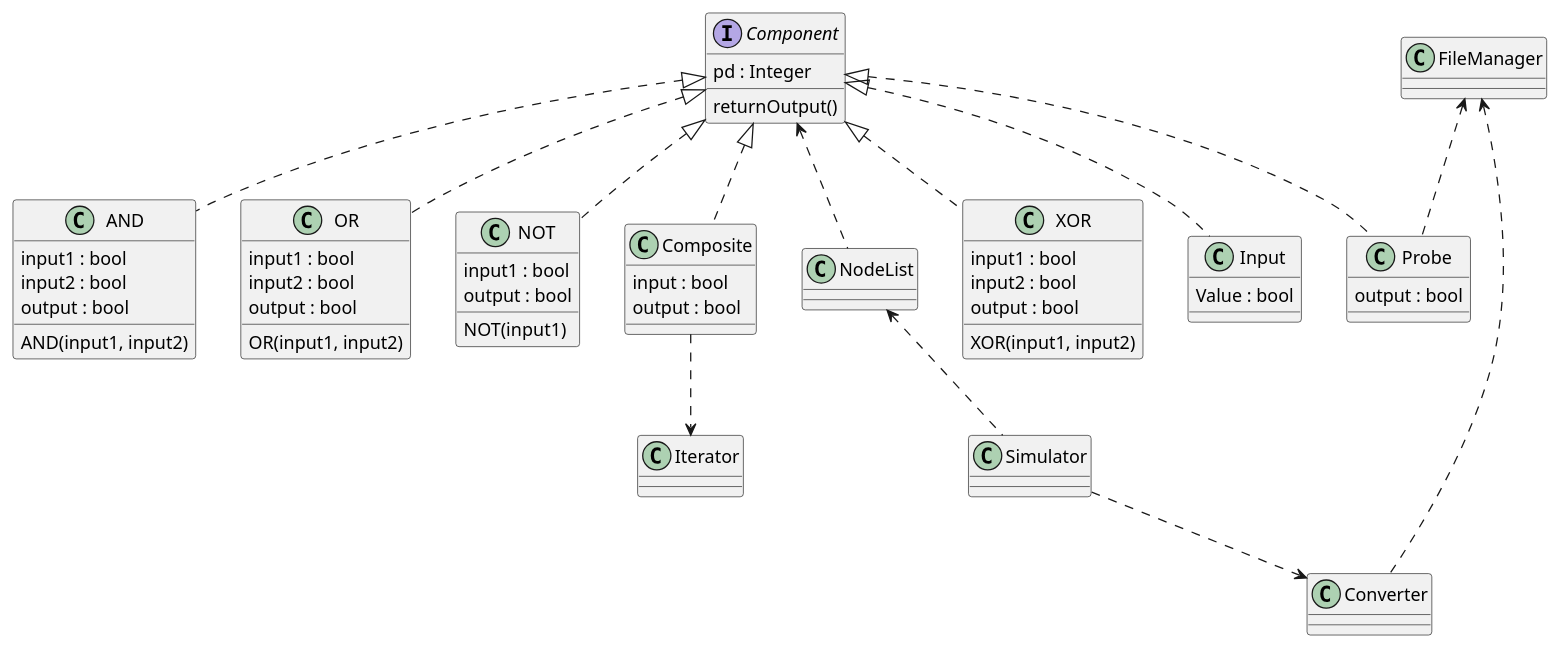
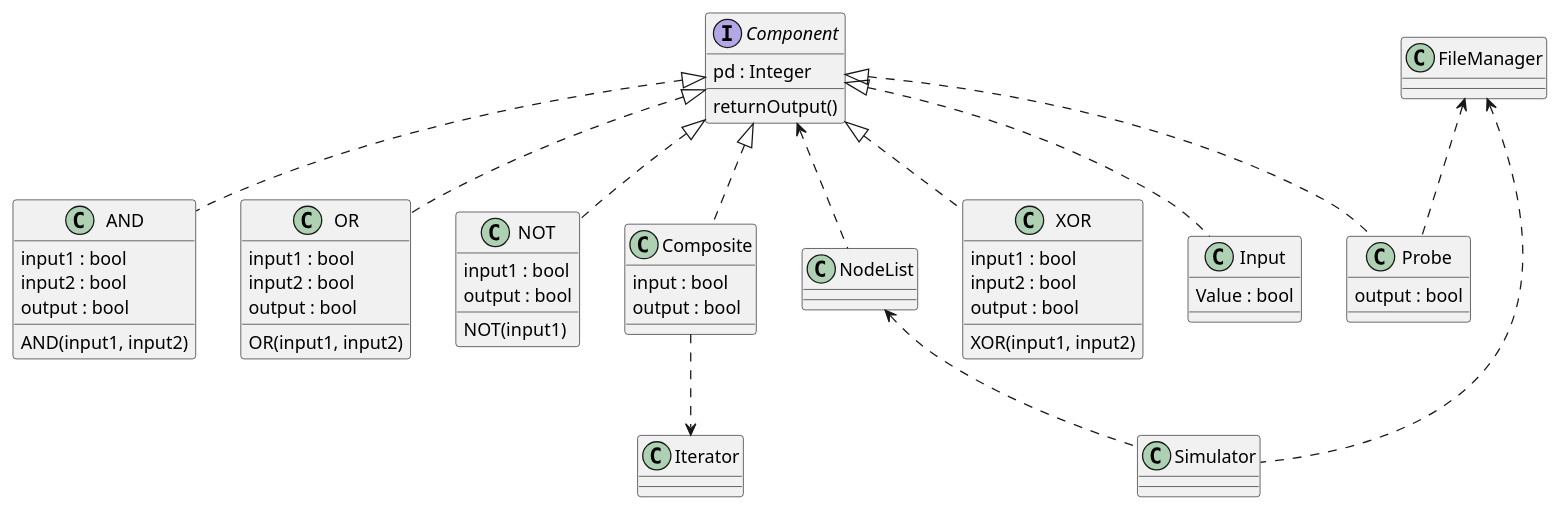
Before and after one commit to AngelVillanueva5/DesignPatterns: the diagram in design.md, drawn with PlantUML.

Commit message:
removed converter

```diff
--- a/design.md
+++ b/design.md
@@ -1,58 +1,56 @@
-@startuml
+ @startuml
 interface Component {
   pd : Integer
   returnOutput()
 }
 class Simulator
 class AND {
 AND(input1, input2)
 input1 : bool
 input2 : bool
 output : bool
 }
 class OR {
 OR(input1, input2)
 input1 : bool
 input2 : bool
 output : bool
 }
 class NOT {
 NOT(input1)
 input1 : bool
 output : bool
 }
 class Composite {
  input : bool
  output : bool
 }
 class NodeList
-class Converter
 class XOR {
 XOR(input1, input2)
 input1 : bool
 input2 : bool
 output : bool
 }
 class Probe {
 output : bool
 }
 class Input {
 Value : bool
 }
 class FileManager
 class Iterator
 
 Component <|.. AND
 Component <|.. OR
 Component <|.. Composite
 Component <|.. XOR
 Component <|.. Probe
 Component <|.. NOT
 Component <|.. Input
 Composite ..> Iterator
 NodeList <.. Simulator
 Component <.. NodeList
-FileManager <.. Converter
-Simulator ..> Converter
+FileManager <.. Simulator
 FileManager <.. Probe
 @enduml
```
